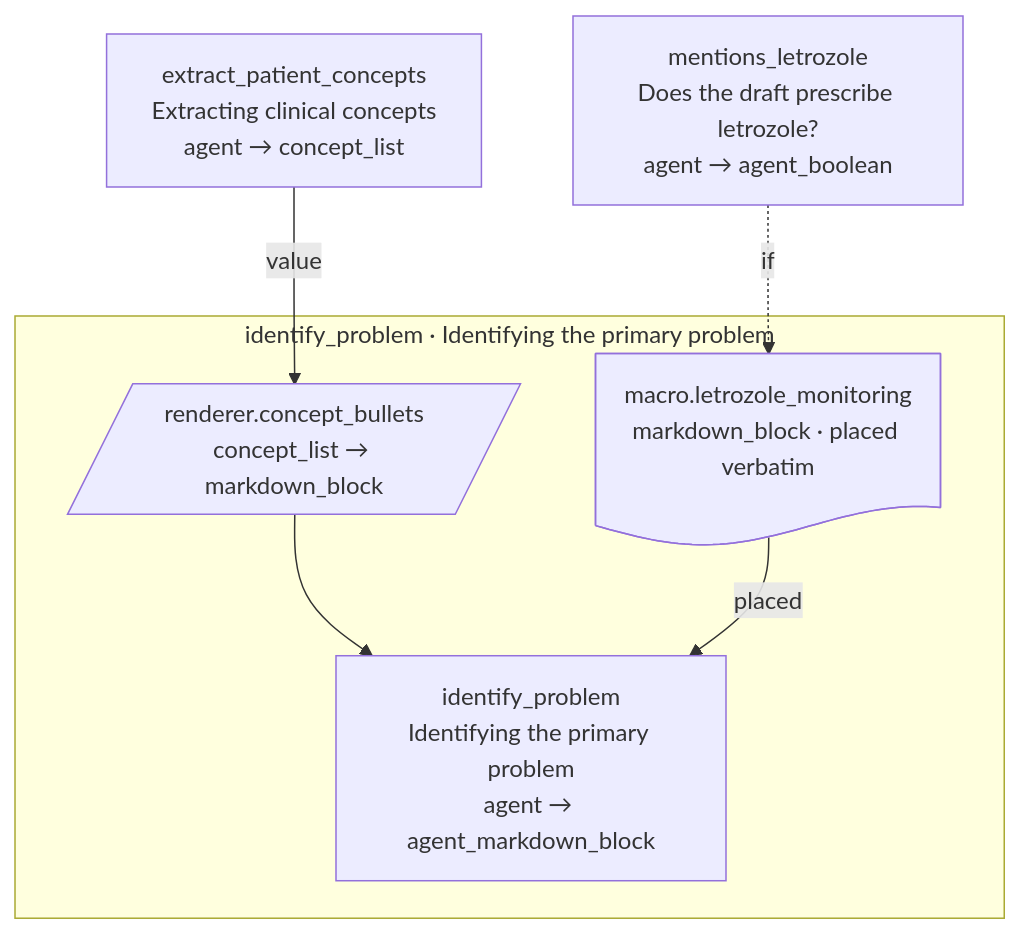
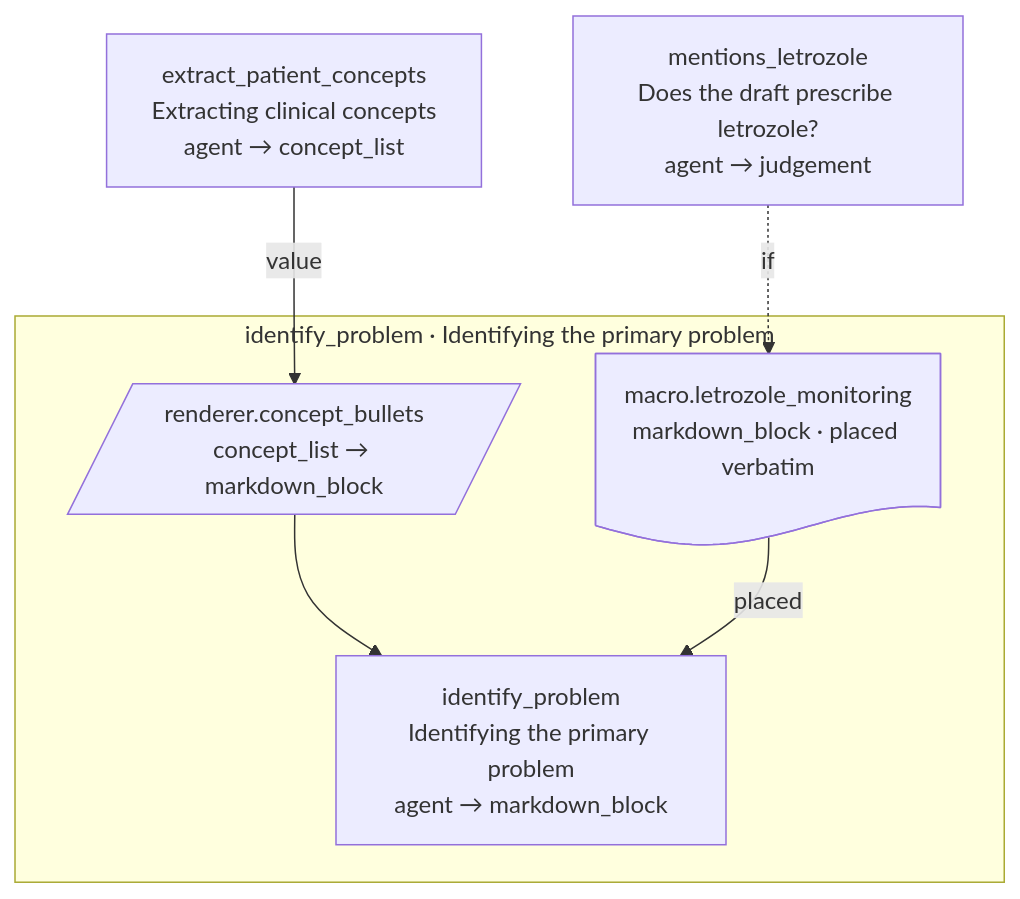
The second of 3 diagrams in docs/customizable-workflow/package-format-v31/09-engine-and-pages.md (Consultologist/Consultologist-Blazor), drawn with Mermaid before and after one commit. The commit also changed other lines of this file and 3 other files, not shown here.

````diff
--- a/docs/customizable-workflow/package-format-v31/09-engine-and-pages.md
+++ b/docs/customizable-workflow/package-format-v31/09-engine-and-pages.md
@@ -680,14 +706,14 @@
 ```mermaid
 flowchart TD
-    extract["extract_patient_concepts<br/>Extracting clinical concepts<br/>agent → concept_list"]
-    classify["mentions_letrozole<br/>Does the draft prescribe letrozole?<br/>agent → agent_boolean"]
-    subgraph uses_identify_problem["identify_problem · Identifying the primary problem"]
-        identify_problem__render_1[/"renderer.concept_bullets<br/>concept_list → markdown_block"/]
-        identify_problem__macro_letrozole@{ shape: doc, label: "macro.letrozole_monitoring<br/>markdown_block · placed verbatim" }
-        identify_problem["identify_problem<br/>Identifying the primary problem<br/>agent → agent_markdown_block"]
-        identify_problem__render_1 --> identify_problem
-        identify_problem__macro_letrozole -->|"placed"| identify_problem
+    node__extract_patient_concepts["extract_patient_concepts<br/>Extracting clinical concepts<br/>agent → concept_list"]
+    node__mentions_letrozole["mentions_letrozole<br/>Does the draft prescribe letrozole?<br/>agent → judgement"]
+    subgraph uses_node__identify_problem["identify_problem · Identifying the primary problem"]
+        node__identify_problem__render_1[/"renderer.concept_bullets<br/>concept_list → markdown_block"/]
+        node__identify_problem__macro_letrozole_monitoring@{ shape: doc, label: "macro.letrozole_monitoring<br/>markdown_block · placed verbatim" }
+        node__identify_problem["identify_problem<br/>Identifying the primary problem<br/>agent → markdown_block"]
+        node__identify_problem__render_1 --> node__identify_problem
+        node__identify_problem__macro_letrozole_monitoring -->|"placed"| node__identify_problem
     end
-    extract -->|"value"| identify_problem__render_1
-    classify -.->|"if"| identify_problem__macro_letrozole
+    node__extract_patient_concepts -->|"value"| node__identify_problem__render_1
+    node__mentions_letrozole -.->|"if"| node__identify_problem__macro_letrozole_monitoring
 ```
````
